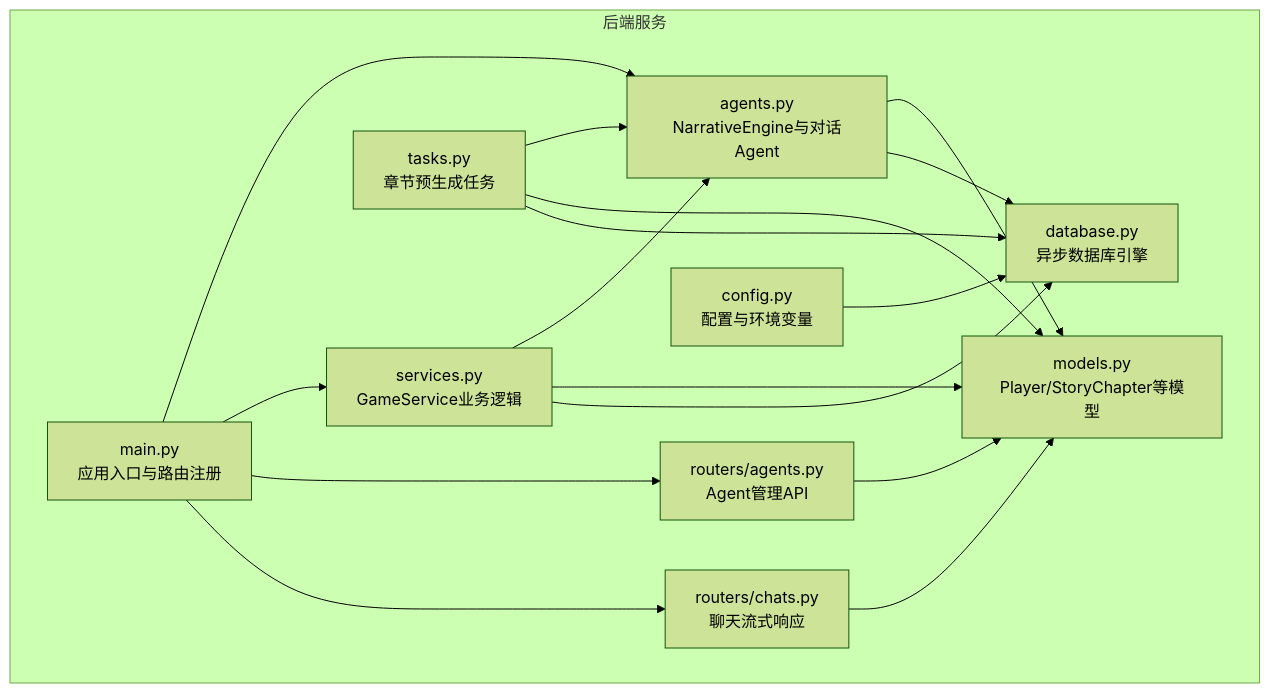
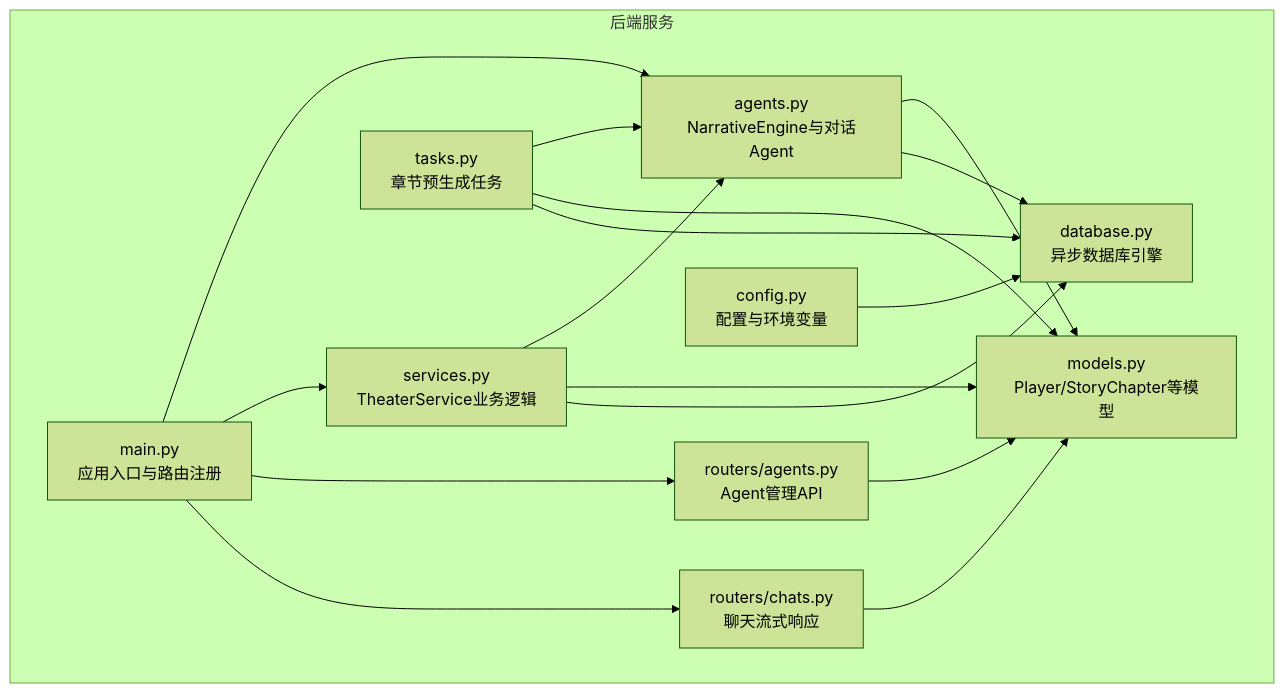
One commit to KunLabAI/KunFlix changed the first of 8 diagrams in .qoder/repowiki/zh/content/多智能体叙事引擎/NPC管理Agent.md. Above: the diagram before and after it, drawn with Mermaid (forest theme). The commit also changed other lines of this file and 112 other files, not shown here.

````diff
--- a/.qoder/repowiki/zh/content/多智能体叙事引擎/NPC管理Agent.md
+++ b/.qoder/repowiki/zh/content/多智能体叙事引擎/NPC管理Agent.md
@@ -36,29 +36,29 @@
 ```mermaid
 graph TB
 subgraph "后端服务"
 MAIN["main.py<br/>应用入口与路由注册"]
 AGENTS["agents.py<br/>NarrativeEngine与对话Agent"]
 MODELS["models.py<br/>Player/StoryChapter等模型"]
-SERVICES["services.py<br/>GameService业务逻辑"]
+SERVICES["services.py<br/>TheaterService业务逻辑"]
 TASKS["tasks.py<br/>章节预生成任务"]
 ROUTERS_AGENTS["routers/agents.py<br/>Agent管理API"]
 ROUTERS_CHATS["routers/chats.py<br/>聊天流式响应"]
 CONFIG["config.py<br/>配置与环境变量"]
 DATABASE["database.py<br/>异步数据库引擎"]
 end
 MAIN --> AGENTS
 MAIN --> SERVICES
 MAIN --> ROUTERS_AGENTS
 MAIN --> ROUTERS_CHATS
 SERVICES --> AGENTS
 SERVICES --> MODELS
 TASKS --> AGENTS
 TASKS --> MODELS
 AGENTS --> MODELS
 AGENTS --> DATABASE
 SERVICES --> DATABASE
 TASKS --> DATABASE
 ROUTERS_AGENTS --> MODELS
 ROUTERS_CHATS --> MODELS
 CONFIG --> DATABASE
 ```
````
